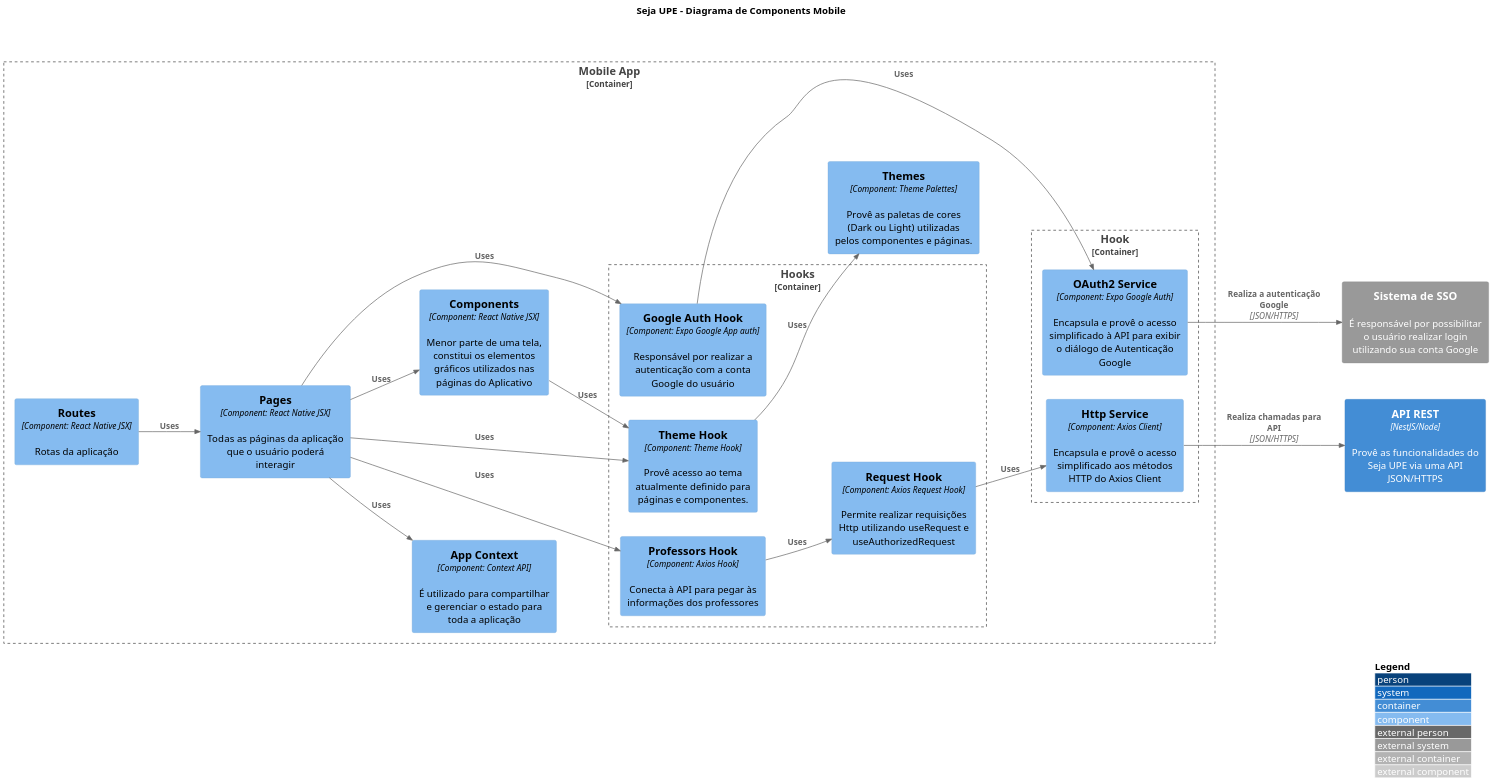
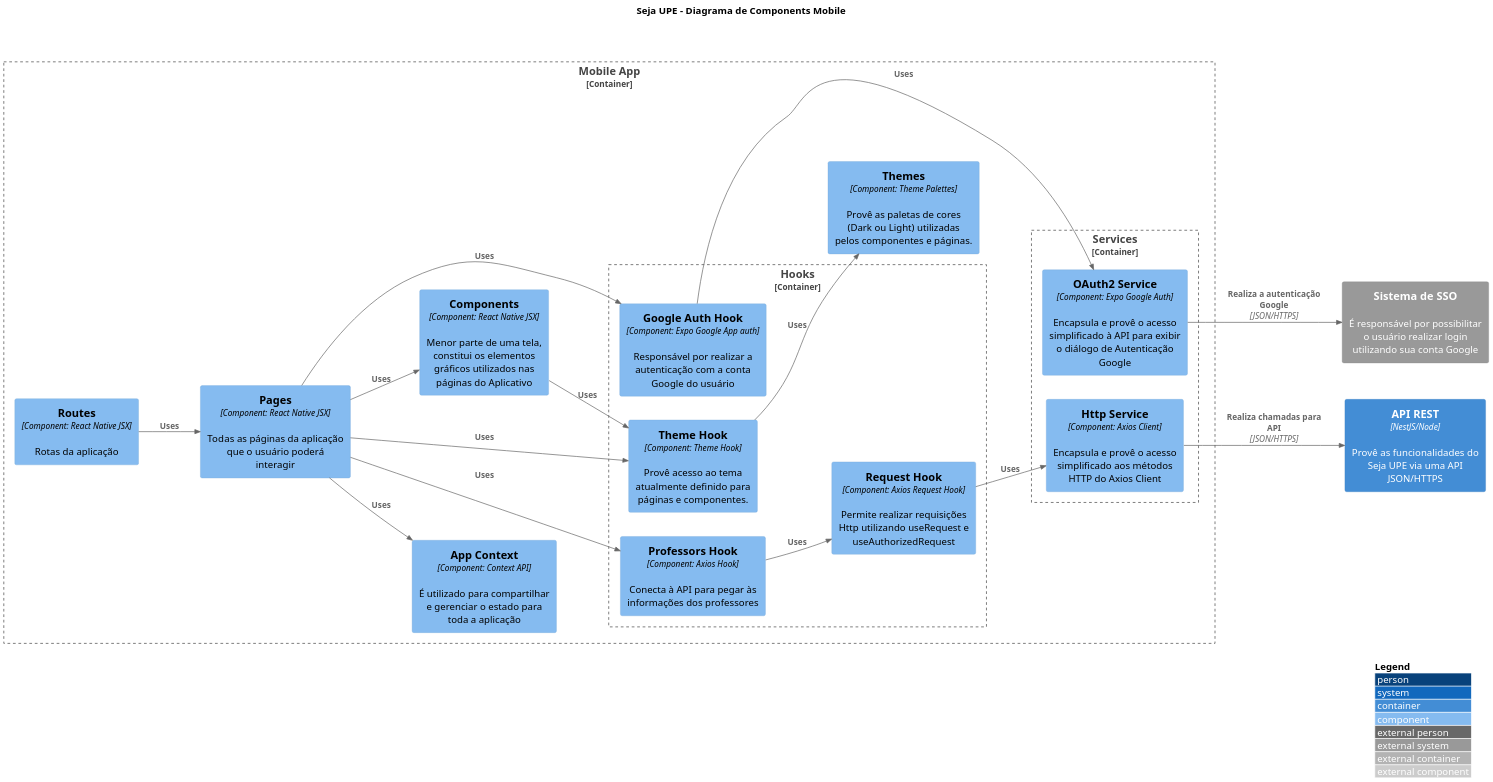
Before and after one commit to MurylloEx/Seja-UPE-Docs: the diagram in src/C1. Visão Geral/C2. Sistema/C3. Aplicação Mobile (Client)/components.puml, drawn with PlantUML.

Commit message:
:pencil2: fix: Wrong typos.

```diff
--- a/src/C1. Visão Geral/C2. Sistema/C3. Aplicação Mobile (Client)/components.puml
+++ b/src/C1. Visão Geral/C2. Sistema/C3. Aplicação Mobile (Client)/components.puml
@@ -1,55 +1,55 @@
 @startuml "Component Diagram"
 
 title "Seja UPE - Diagrama de Components Mobile"
 
 !include https://raw.githubusercontent.com/adrianvlupu/C4-PlantUML/latest/C4_Component.puml
 
 LAYOUT_WITH_LEGEND()
 LAYOUT_LEFT_RIGHT()
 
 skinparam Style strictuml
 skinparam backgroundcolor transparent
 
 scale 2048 width
 scale 2048 height
 
 Container_Boundary(ContainerMobileApp, "Mobile App") {
   Component(ComponentAppContext, "App Context", "Component: Context API", "É utilizado para compartilhar e gerenciar o estado para toda a aplicação")
   Component(ComponentAppPages, "Pages", "Component: React Native JSX", "Todas as páginas da aplicação que o usuário poderá interagir")
   Component(ComponentAppComponents, "Components", "Component: React Native JSX", "Menor parte de uma tela, constitui os elementos gráficos utilizados nas páginas do Aplicativo")
   Component(ComponentAppRoutes, "Routes", "Component: React Native JSX", "Rotas da aplicação")
   Component(ComponentAppThemes, "Themes", "Component: Theme Palettes", "Provê as paletas de cores (Dark ou Light) utilizadas pelos componentes e páginas.")
   
   Container_Boundary(ContainerMobileAppHooks, "Hooks") {
     Component(ComponentAppProfessorsHook, "Professors Hook", "Component: Axios Hook", "Conecta à API para pegar às informações dos professores")
     Component(ComponentAppGoogleAuthHook, "Google Auth Hook", "Component: Expo Google App auth", "Responsável por realizar a autenticação com a conta Google do usuário")
     Component(ComponentAppThemeHook, "Theme Hook", "Component: Theme Hook", "Provê acesso ao tema atualmente definido para páginas e componentes.")
     Component(ComponentAppRequestHook, "Request Hook", "Component: Axios Request Hook", "Permite realizar requisições Http utilizando useRequest e useAuthorizedRequest")
   }
 
-  Container_Boundary(ContainerMobileAppServices, "Hook") {
+  Container_Boundary(ContainerMobileAppServices, "Services") {
     Component(ComponentAppHttpService, "Http Service", "Component: Axios Client", "Encapsula e provê o acesso simplificado aos métodos HTTP do Axios Client")
     Component(ComponentAppOAuth2Service, "OAuth2 Service", "Component: Expo Google Auth", "Encapsula e provê o acesso simplificado à API para exibir o diálogo de Autenticação Google")
   }
 }
 
 Container(ComponentApi, "API REST", "NestJS/Node", "Provê as funcionalidades do Seja UPE via uma API JSON/HTTPS")
 System_Ext(SystemOAuth2, "Sistema de SSO", "É responsável por possibilitar o usuário realizar login utilizando sua conta Google")
 
 Rel(ComponentAppPages, ComponentAppProfessorsHook, "Uses")
 Rel(ComponentAppPages, ComponentAppGoogleAuthHook, "Uses")
 Rel(ComponentAppPages, ComponentAppComponents, "Uses")
 Rel(ComponentAppPages, ComponentAppContext, "Uses")
 Rel(ComponentAppRoutes, ComponentAppPages, "Uses")
 
 Rel(ComponentAppProfessorsHook, ComponentAppRequestHook, "Uses")
 Rel(ComponentAppGoogleAuthHook, ComponentAppOAuth2Service, "Uses")
 Rel(ComponentAppThemeHook, ComponentAppThemes, "Uses")
 Rel(ComponentAppPages, ComponentAppThemeHook, "Uses")
 Rel(ComponentAppComponents, ComponentAppThemeHook, "Uses")
 Rel(ComponentAppRequestHook, ComponentAppHttpService, "Uses")
 
 Rel(ComponentAppHttpService, ComponentApi, "Realiza chamadas para API", "JSON/HTTPS")
 Rel(ComponentAppOAuth2Service, SystemOAuth2, "Realiza a autenticação Google", "JSON/HTTPS")
 
 @enduml
```
